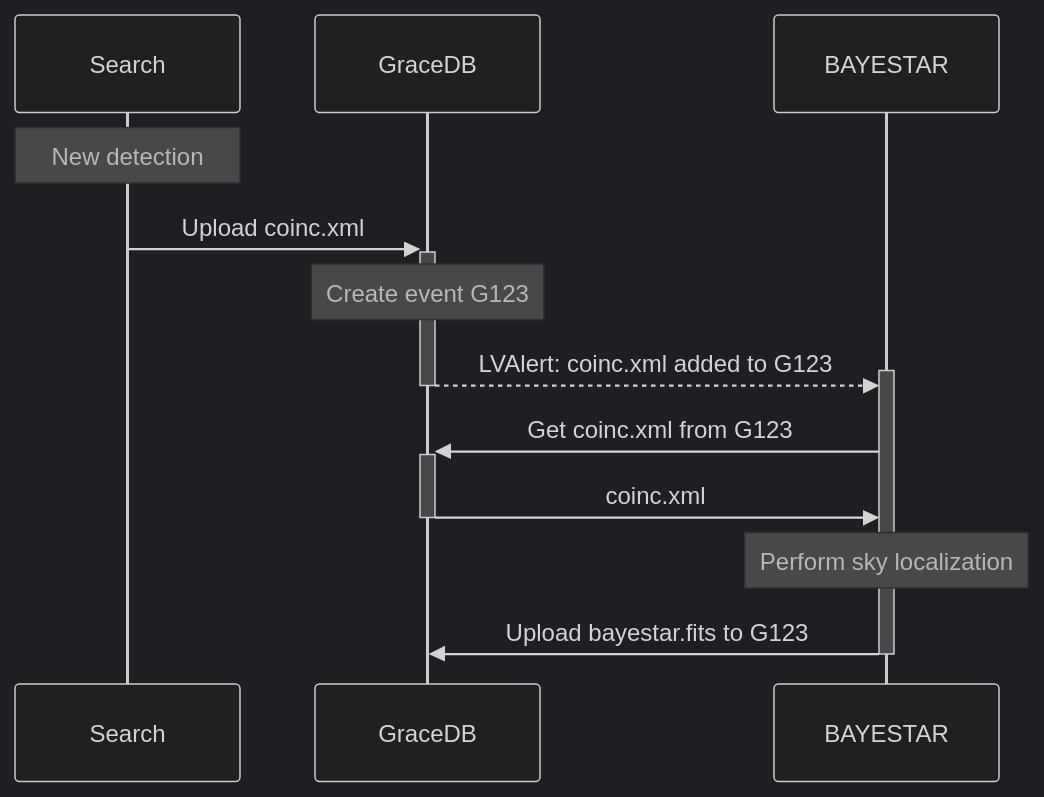
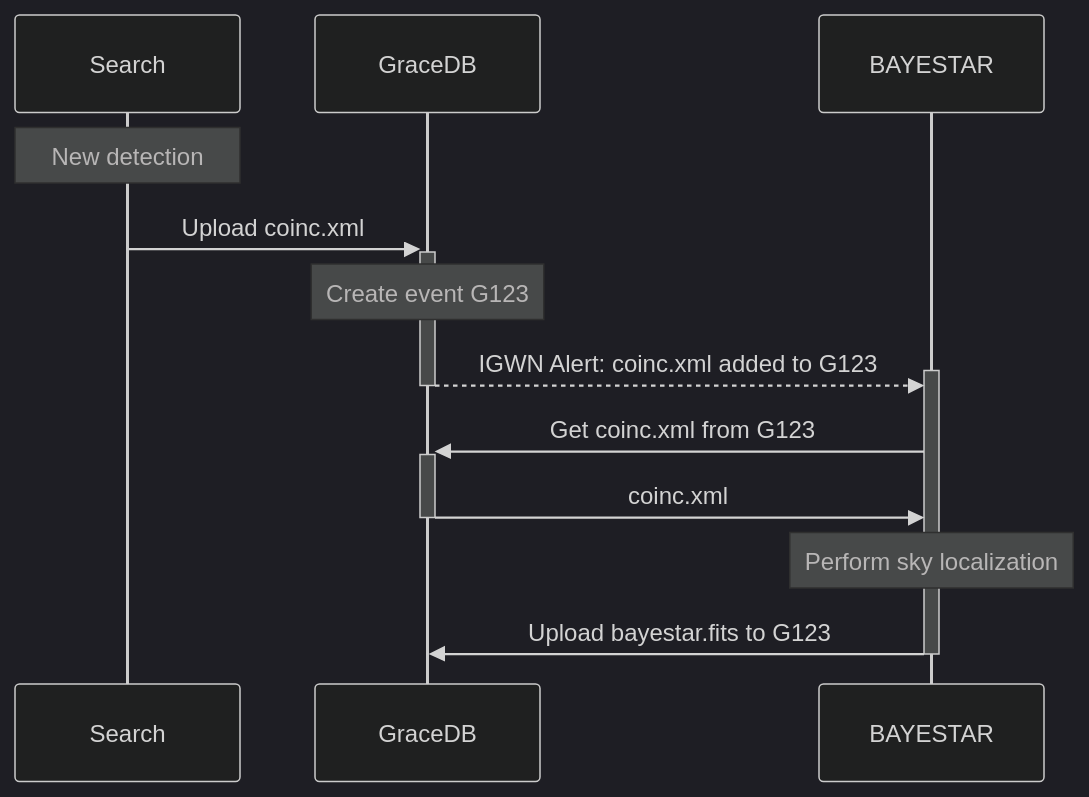
The first of 2 diagrams in docs/interface.rst (lpsinger/ligo.skymap), drawn with Mermaid (dark theme) before and after one commit. The commit also changed other lines of this file and 1 other file, not shown here.

First line of the commit message:
Documentation should refer to IGWN Alert, not LVAlert

```diff
--- a/docs/interface.rst
+++ b/docs/interface.rst
@@ -40,14 +40,14 @@
 .. mermaid::
 
     sequenceDiagram
 
         note over Search: New detection
         Search ->>+ GraceDB: Upload coinc.xml
         note over GraceDB: Create event G123
-        GraceDB -->>+ BAYESTAR: LVAlert: coinc.xml added to G123
+        GraceDB -->>+ BAYESTAR: IGWN Alert: coinc.xml added to G123
         deactivate GraceDB
         BAYESTAR ->>+ GraceDB: Get coinc.xml from G123
         GraceDB ->>- BAYESTAR: coinc.xml
         note over BAYESTAR: Perform sky localization
         BAYESTAR ->> GraceDB: Upload bayestar.fits to G123
         deactivate BAYESTAR
```
